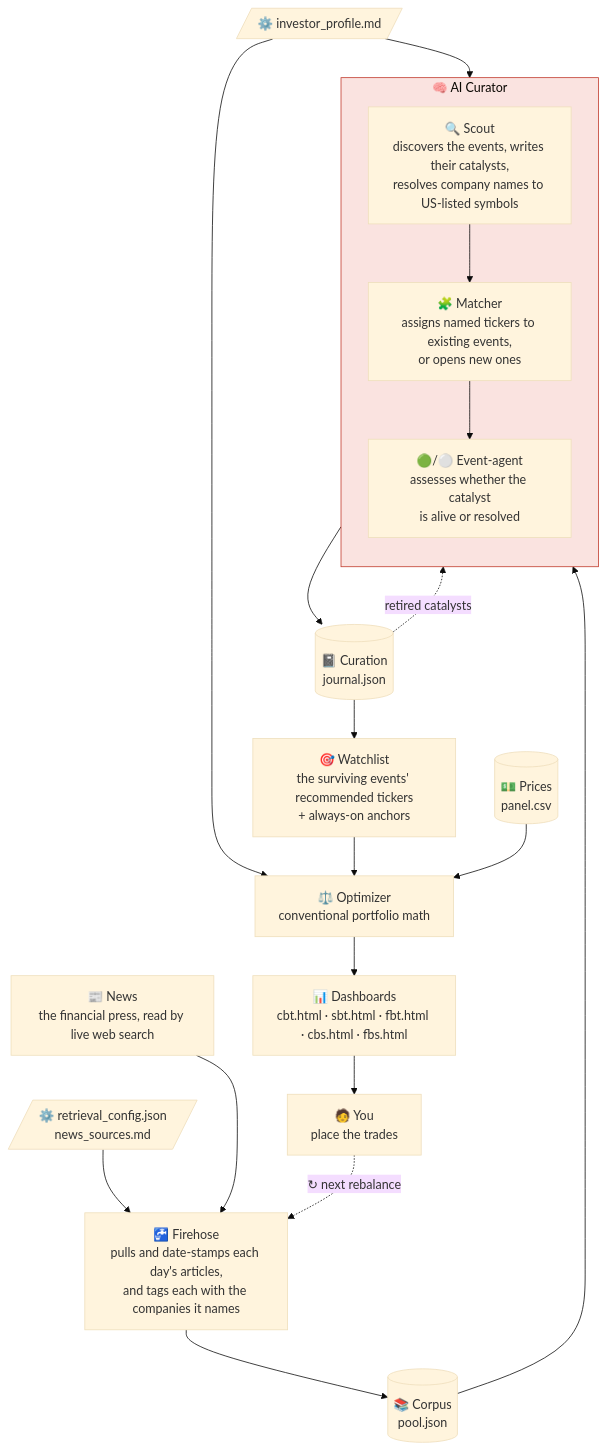
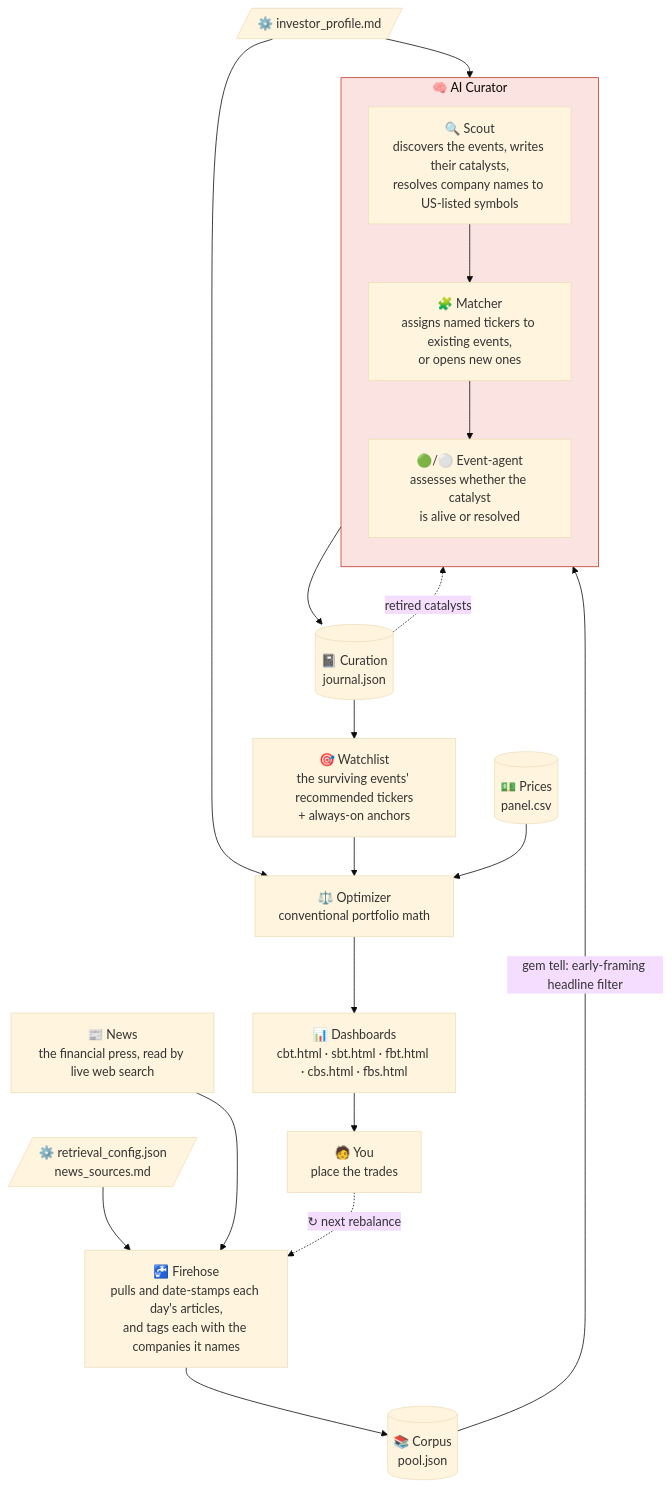
Before and after one commit to joehahn/geo-herd-rider: the diagram in README.md, drawn with Mermaid (base theme).

Commit message:
The biggest drop in the pipeline was drawn as a bare arrow
Claude-Session: https://claude.ai/code/session_0124KDYUcFYPfSCds3YUFieg

````diff
--- a/README.md
+++ b/README.md
@@ -31,36 +31,36 @@
 ```mermaid
 flowchart TD
     N["📰 News<br/>the financial press, read by live web search"]
     CFG[/"⚙️ retrieval_config.json<br/>news_sources.md"/]
     N ~~~ CFG
     CFG --> FH
     N --> FH
     FH["🚰 Firehose<br/>pulls and date-stamps each day's articles,<br/>and tags each with the companies it names"]
     FH --> POOL[("📚 Corpus<br/>pool.json")]
-    POOL --> SC
+    POOL -->|"gem tell: early-framing headline filter"| SC
 
     subgraph CUR["🧠 AI Curator"]
       direction TB
       SC["🔍 Scout<br/>discovers the events, writes their catalysts,<br/>resolves company names to US-listed symbols"]
       MA["🧩 Matcher<br/>assigns named tickers to existing events,<br/>or opens new ones"]
       AG["🟢/⚪ Event-agent<br/>assesses whether the catalyst<br/>is alive or resolved"]
       SC --> MA --> AG
     end
 
     PROF[/"⚙️ investor_profile.md"/]
     PROF --> SC
     PROF --> OPT
 
     AG --> J[("📓 Curation<br/>journal.json")]
     J -. "retired catalysts" .-> SC
     J --> WL
     WL["🎯 Watchlist<br/>the surviving events' recommended tickers<br/>+ always-on anchors"]
     WL --> OPT
     PX[("💵 Prices<br/>panel.csv")] --> OPT
     OPT["⚖️ Optimizer<br/>conventional portfolio math"]
     OPT --> D["📊 Dashboards<br/>cbt.html · sbt.html · fbt.html · cbs.html · fbs.html"]
     D --> U["🧑 You<br/>place the trades"]
     U -. "↻ next rebalance" .-> FH
 
     style CUR fill:#fae3e0,stroke:#c0392b
 ```
````
